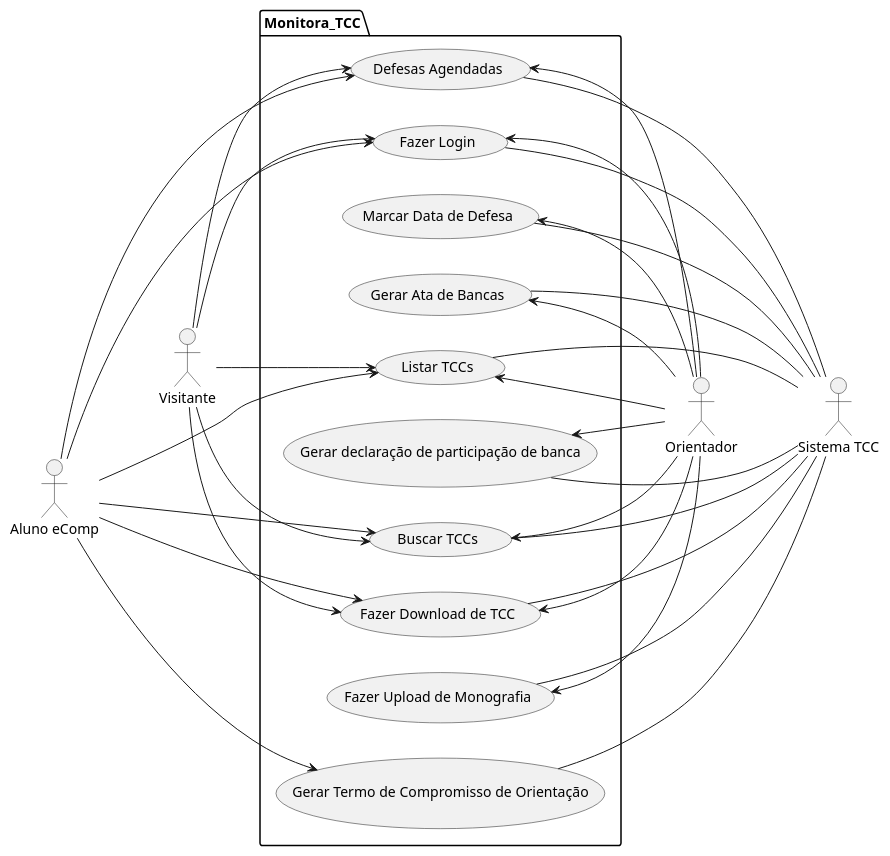
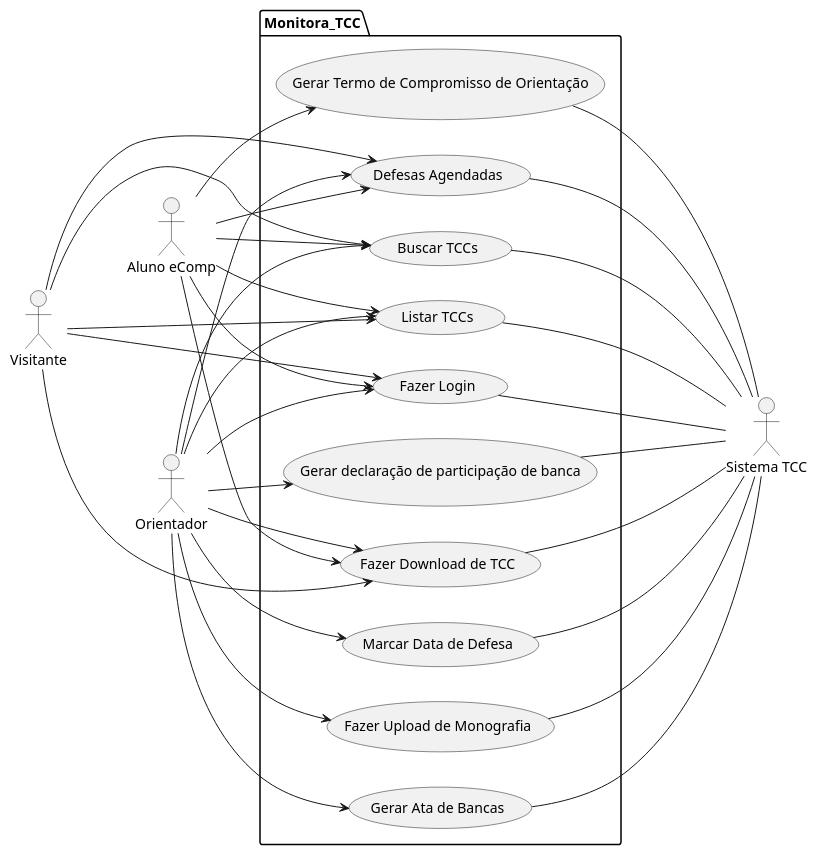
The diagram in analysis/casos.plantuml (LMM-Eng-Software/Monitora-TCC), drawn with PlantUML before and after one commit. The commit also changed 6 other files, not shown here.

Commit message:
ajustes no diagrama + caso de uso buscar implementado + ajustes gerais

```diff
--- a/analysis/casos.plantuml
+++ b/analysis/casos.plantuml
@@ -1,57 +1,57 @@
 @startuml casosdeuso
 left to right direction
 
 "Visitante" as Visit
+"Orientador" as Prof
 "Aluno eComp" as Aluno
 
-"Orientador" as Prof
 "Sistema TCC" as Sist
 
 package Monitora_TCC {
 "Gerar declaração de participação de banca" as (Participacao)
 "Listar TCCs" as (Listar)
 "Buscar TCCs" as (Buscar)
 "Fazer Download de TCC" as (Download)
 "Fazer Login" as (Login)
 "Marcar Data de Defesa" as (Data)
 "Fazer Upload de Monografia" as (Upload)
 "Gerar Ata de Bancas" as (Atas)
 "Defesas Agendadas" as (Agendar)
 "Gerar Termo de Compromisso de Orientação" as (Compromisso)
 }
 
-:Prof: -up-> (Listar)
-:Prof: -up-> (Download)
-:Prof: -up-> (Buscar)
-:Prof: -up-> (Participacao)
-:Prof: -up-> (Upload)
-:Prof: -up-> (Atas)
-:Prof: -up-> (Data)
-:Prof: -up-> (Login)
-:Prof: -up-> (Agendar)
+:Prof: --> (Listar)
+:Prof: --> (Download)
+:Prof: --> (Buscar)
+:Prof: --> (Participacao)
+:Prof: --> (Upload)
+:Prof: --> (Atas)
+:Prof: --> (Data)
+:Prof: --> (Login)
+:Prof: --> (Agendar)
 
-:Aluno: ---> (Listar)
-:Aluno: ---> (Download)
-:Aluno: ---> (Agendar)
-:Aluno: ---> (Buscar)
-:Aluno: ---> (Login)
-:Aluno: ---> (Compromisso)
+:Aluno: --> (Listar)
+:Aluno: --> (Download)
+:Aluno: --> (Agendar)
+:Aluno: --> (Buscar)
+:Aluno: --> (Login)
+:Aluno: --> (Compromisso)
 
-:Visit: --> (Listar)
-:Visit: --> (Download)
-:Visit: --> (Agendar)
-:Visit: --> (Login)
-:Visit: --> (Buscar)
+:Visit: ---> (Listar)
+:Visit: ---> (Download)
+:Visit: ---> (Agendar)
+:Visit: ---> (Login)
+:Visit: ---> (Buscar)
 
 (Participacao) --- :Sist:
 (Upload) --- :Sist:
 (Listar) --- :Sist:
 (Download) --- :Sist:
 (Compromisso) --- :Sist:
 (Agendar) --- :Sist:
 (Atas) --- :Sist:
 (Data) --- :Sist:
 (Login) --- :Sist:
 (Buscar) --- :Sist:
 
 @enduml
```
